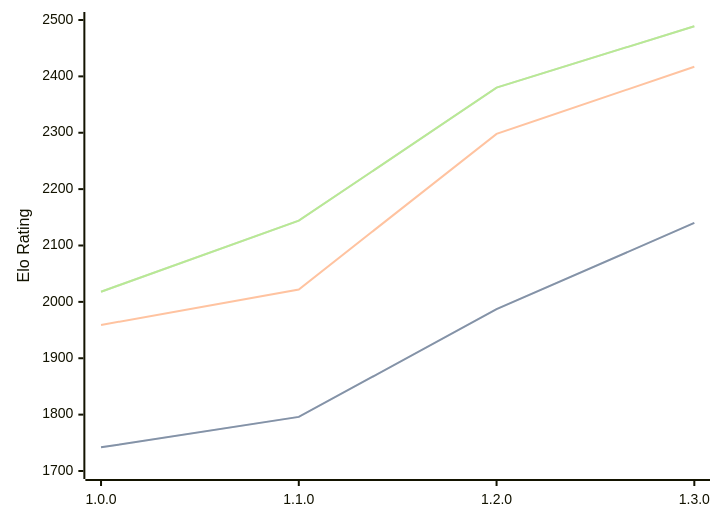
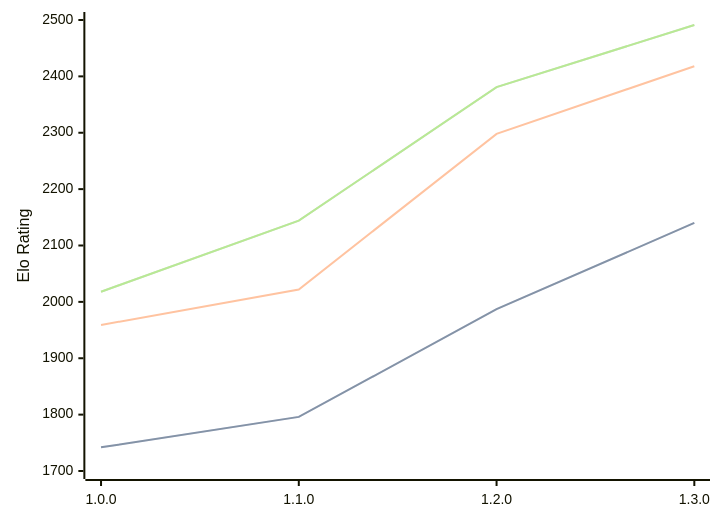
The diagram in engines/Anodos.md (computer-chess-index/cci), drawn with Mermaid before and after one commit. The commit also changed other lines of this file, not shown here.

Commit message:
Update CCI Ratings (ELO VLTC) - 2026-06-11

````diff
--- a/engines/Anodos.md
+++ b/engines/Anodos.md
@@ -45,11 +45,11 @@
 ```mermaid
 %%{init: {"theme":"base","themeVariables":{"seriesColors:['#a3a3a3','#222221','#faa371']}}}%%
 xychart-beta
   x-axis ["1.0.0", "1.1.0", "1.2.0", "1.3.0"]
   y-axis "Elo Rating" 1700 --> 2500
   line "STC (8.0+0.08s)" [1742, 1796, 1987, 2140]
   line "STC (8.0+0.08s)" [1742, 1796, 1987, 2140]
-  line "LTC (60.0+0.60s)" [1959, 2022, 2298, 2417]
-  line "VLTC (2m24s+1.12s)" [2018, 2144, 2380, 2489]
-  line "VLTC (2m24s+1.12s)" [2018, 2144, 2380, 2489]
+  line "LTC (60.0+0.60s)" [1959, 2022, 2298, 2418]
+  line "VLTC (2m24s+1.12s)" [2018, 2144, 2381, 2491]
+  line "VLTC (2m24s+1.12s)" [2018, 2144, 2381, 2491]
 ```
````
